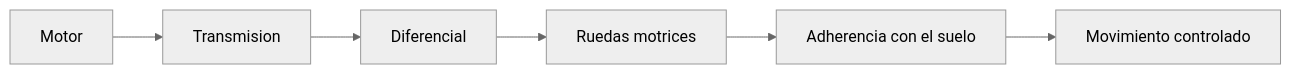
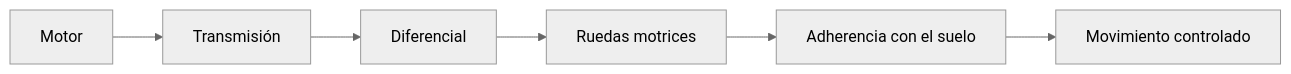
One commit to vladimiracunadev-create/machine-operator-program changed the diagram in vehiculos/automoviles/recursos/recursos-automovil.md. Above: the diagram before and after it, drawn with Mermaid (neutral theme). The commit also changed other lines of this file and 442 other files, not shown here.

````diff
--- a/vehiculos/automoviles/recursos/recursos-automovil.md
+++ b/vehiculos/automoviles/recursos/recursos-automovil.md
@@ -28,8 +28,8 @@
 ```mermaid
 flowchart LR
-    Motor[Motor] --> Trans[Transmision]
+    Motor[Motor] --> Trans[Transmisión]
     Trans --> Dif[Diferencial]
     Dif --> Ruedas[Ruedas motrices]
     Ruedas --> Suelo[Adherencia con el suelo]
     Suelo --> Movimiento[Movimiento controlado]
 ```
````
